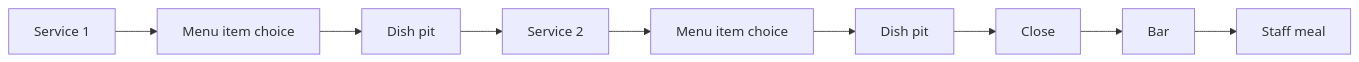
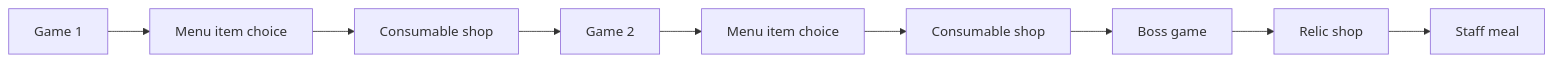
One commit to ZGaillard/punched-in-wiki changed the diagram in docs/rules/run-structure.md. Above: the diagram before and after it, drawn with Mermaid. The commit also changed other lines of this file and 69 other files, not shown here.

````diff
--- a/docs/rules/run-structure.md
+++ b/docs/rules/run-structure.md
@@ -24,6 +24,6 @@
 ```mermaid
 flowchart LR
-  S1[Service 1] --> M1[Menu item choice] --> P1[Dish pit]
-  P1 --> S2[Service 2] --> M2[Menu item choice] --> P2[Dish pit]
-  P2 --> C[Close] --> B[Bar] --> F[Staff meal]
+  S1[Game 1] --> M1[Menu item choice] --> P1[Consumable shop]
+  P1 --> S2[Game 2] --> M2[Menu item choice] --> P2[Consumable shop]
+  P2 --> C[Boss game] --> B[Relic shop] --> F[Staff meal]
 ```
````
